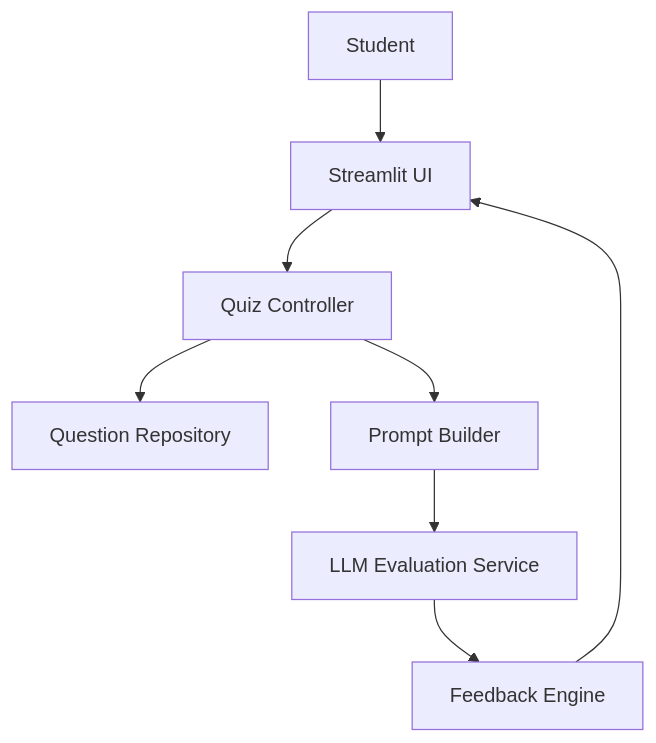
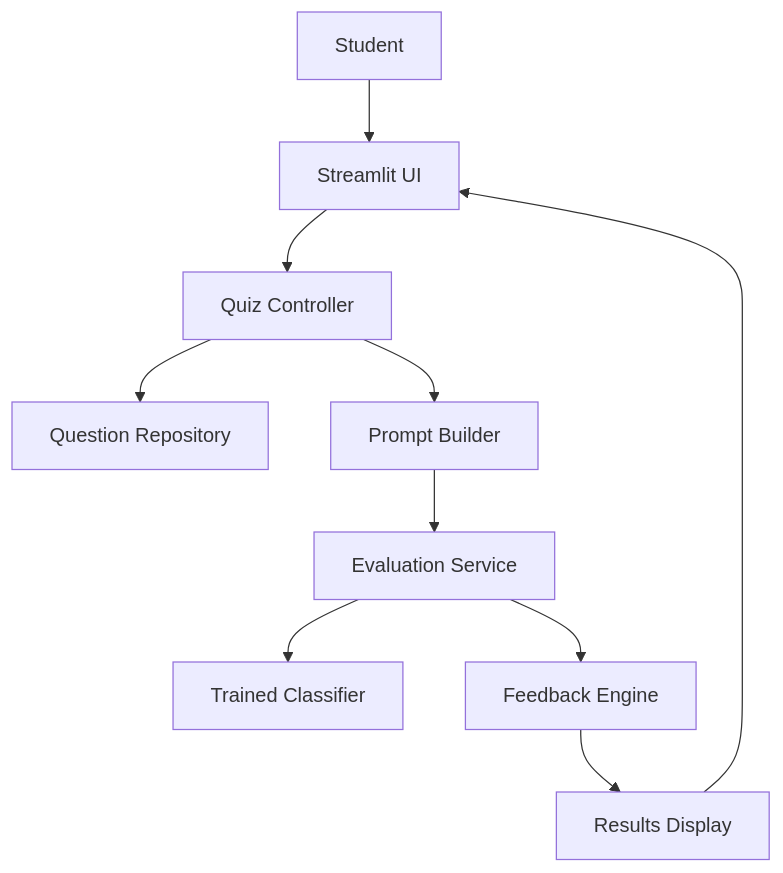
One commit to DanielLevenstein/AWS-Certification-Coach changed the first of 5 diagrams in ARCHITECTURE.md. Above: the diagram before and after it, drawn with Mermaid. The commit also changed other lines of this file and 14 other files, not shown here.

````diff
--- a/ARCHITECTURE.md
+++ b/ARCHITECTURE.md
@@ -6,21 +6,25 @@
 ```mermaid
 flowchart TD
     User[Student]
     UI[Streamlit UI]
     Controller[Quiz Controller]
     Repo[Question Repository]
     Prompt[Prompt Builder]
-    LLM[LLM Evaluation Service]
+    Eval[Evaluation Service]
+    Classifier[Trained Classifier]
     Feedback[Feedback Engine]
+    Results[Results Display]
 
     User --> UI
     UI --> Controller
 
     Controller --> Repo
     Controller --> Prompt
 
-    Prompt --> LLM
-    LLM --> Feedback
+    Prompt --> Eval
+    Eval --> Classifier
+    Eval --> Feedback
 
-    Feedback --> UI
+    Feedback --> Results
+    Results --> UI
 ```
````
